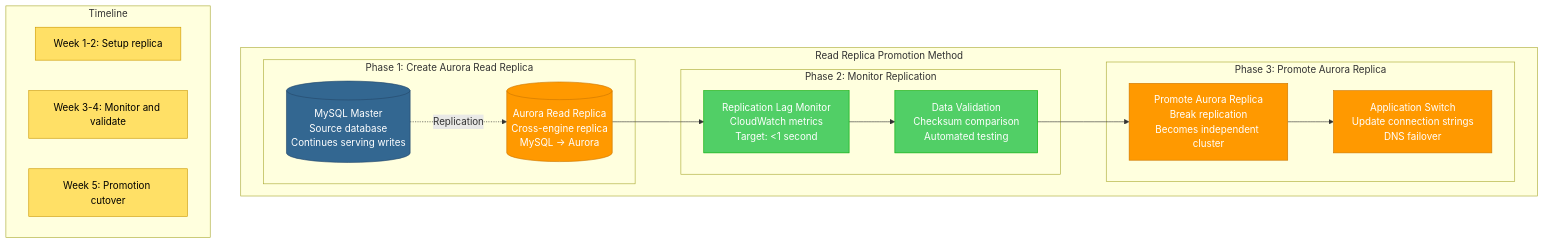
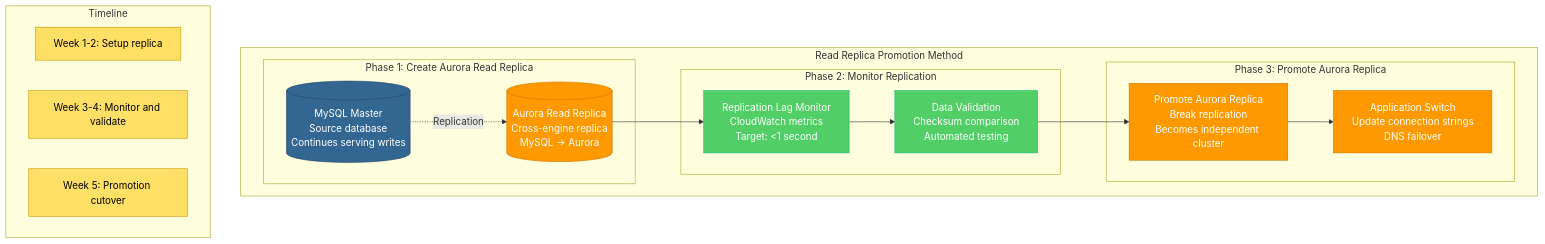
Before and after one commit to deepaucksharma/DS: the fifth of 8 diagrams in site/docs/migrations/mysql-to-aurora.md, drawn with Mermaid. The commit also changed other lines of this file and 303 other files, not shown here.

````diff
--- a/site/docs/migrations/mysql-to-aurora.md
+++ b/site/docs/migrations/mysql-to-aurora.md
@@ -253,46 +253,46 @@
 ```mermaid
 graph TB
     subgraph "Read Replica Promotion Method"
         subgraph "Phase 1: Create Aurora Read Replica"
             MYSQL_MASTER[(MySQL Master<br/>Source database<br/>Continues serving writes)]
             
             AURORA_REPLICA[(Aurora Read Replica<br/>Cross-engine replica<br/>MySQL → Aurora)]
         end
         
         subgraph "Phase 2: Monitor Replication"
             LAG[Replication Lag Monitor<br/>CloudWatch metrics<br/>Target: <1 second]
             
             VALIDATION[Data Validation<br/>Checksum comparison<br/>Automated testing]
         end
         
         subgraph "Phase 3: Promote Aurora Replica"
             PROMOTE[Promote Aurora Replica<br/>Break replication<br/>Becomes independent cluster]
             
             SWITCH[Application Switch<br/>Update connection strings<br/>DNS failover]
         end
     end
 
     MYSQL_MASTER -.->|Replication| AURORA_REPLICA
     AURORA_REPLICA --> LAG
     LAG --> VALIDATION
     VALIDATION --> PROMOTE
     PROMOTE --> SWITCH
 
     %% Timeline indicators
     subgraph "Timeline"
         T1[Week 1-2: Setup replica]
         T2[Week 3-4: Monitor and validate]
         T3[Week 5: Promotion cutover]
     end
 
     %% Apply colors
     classDef mysqlStyle fill:#336791,stroke:#25496b,color:#fff
     classDef auroraStyle fill:#FF9900,stroke:#CC7700,color:#fff
-    classDef monitorStyle fill:#51CF66,stroke:#00AA00,color:#fff
+    classDef monitorStyle fill:#51CF66,stroke:#10B981,color:#fff
     classDef timelineStyle fill:#FFE066,stroke:#CC9900,color:#000
 
     class MYSQL_MASTER mysqlStyle
     class AURORA_REPLICA,PROMOTE,SWITCH auroraStyle
     class LAG,VALIDATION monitorStyle
     class T1,T2,T3 timelineStyle
 ```
````
